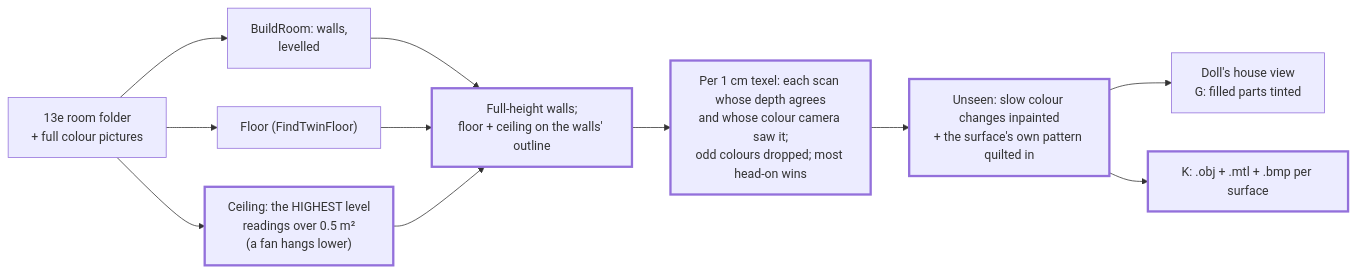
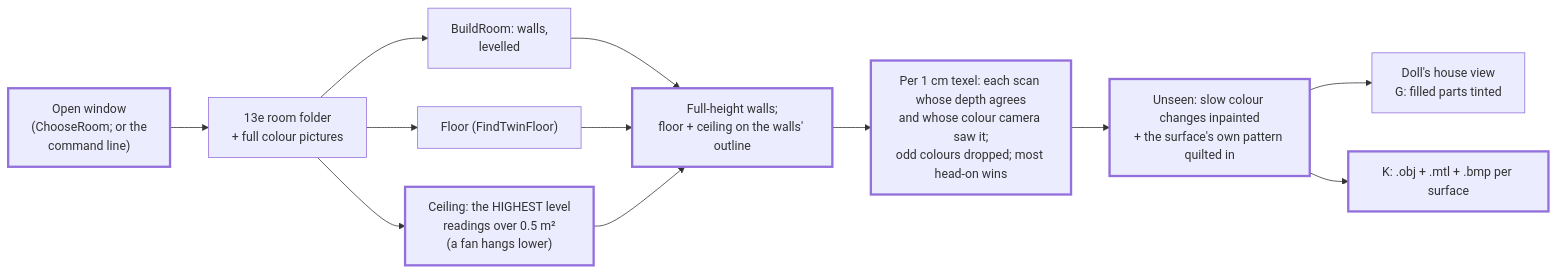
One commit to Kramav/Spotter changed diagram 29 of 33 in exercises/cpp/EXAMPLES.md. Above: the diagram before and after it, drawn with Mermaid. The commit also changed other lines of this file and 34 other files, not shown here.

````diff
--- a/exercises/cpp/EXAMPLES.md
+++ b/exercises/cpp/EXAMPLES.md
@@ -667,16 +674,17 @@
 ```mermaid
 flowchart LR
+    OPEN["Open window<br/>(ChooseRoom; or the<br/>command line)"] --> FOLD
     FOLD["13e room folder<br/>+ full colour pictures"] --> BR["BuildRoom: walls,<br/>levelled"]
     FOLD --> FL["Floor (FindTwinFloor)"]
     FOLD --> CE["Ceiling: the HIGHEST level<br/>readings over 0.5 m²<br/>(a fan hangs lower)"]
     BR --> SURF["Full-height walls;<br/>floor + ceiling on the walls' outline"]
     FL --> SURF
     CE --> SURF
     SURF --> TEX["Per 1 cm texel: each scan whose depth agrees<br/>and whose colour camera saw it;<br/>odd colours dropped; most head-on wins"]
     TEX --> FILL["Unseen: slow colour changes inpainted<br/>+ the surface's own pattern quilted in"]
     FILL --> VIEW["Doll's house view<br/>G: filled parts tinted"]
     FILL --> OBJ["K: .obj + .mtl + .bmp per surface"]
 
     classDef new stroke-width:3px
-    class CE,SURF,TEX,FILL,OBJ new
+    class OPEN,CE,SURF,TEX,FILL,OBJ new
 ```
````
